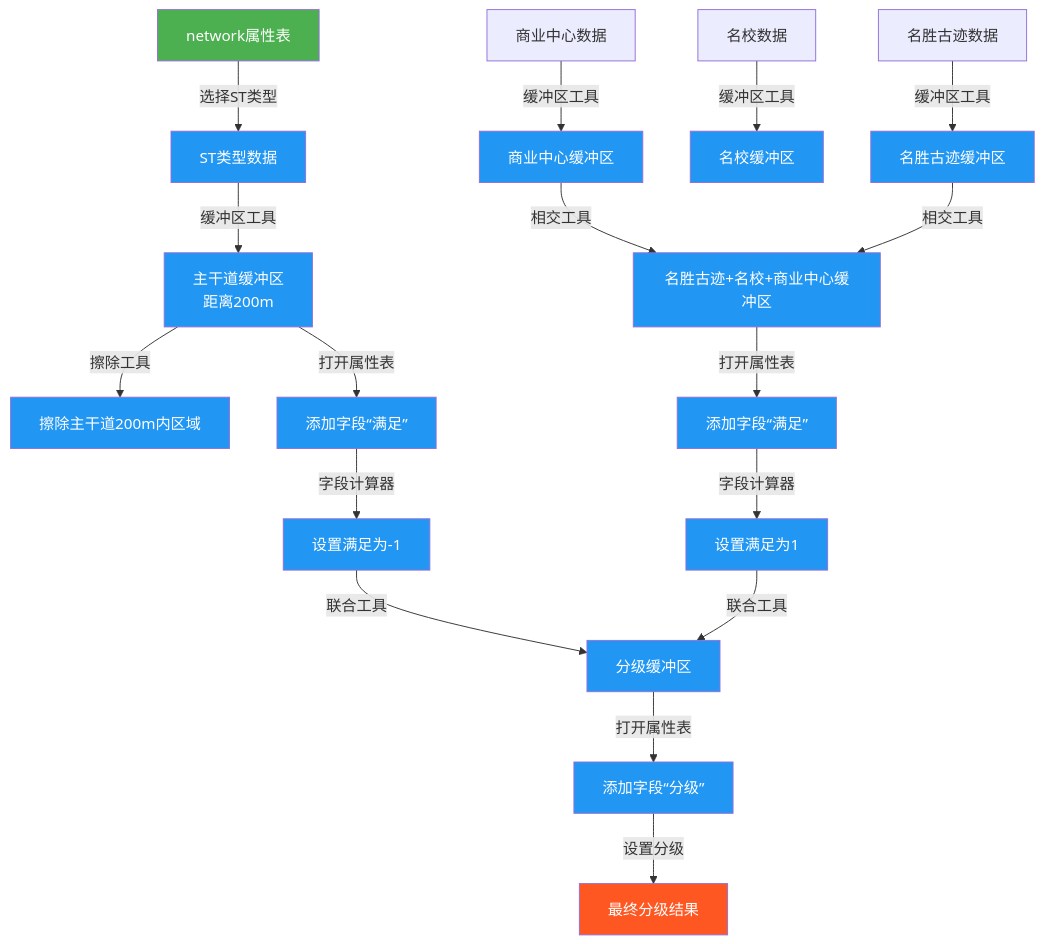
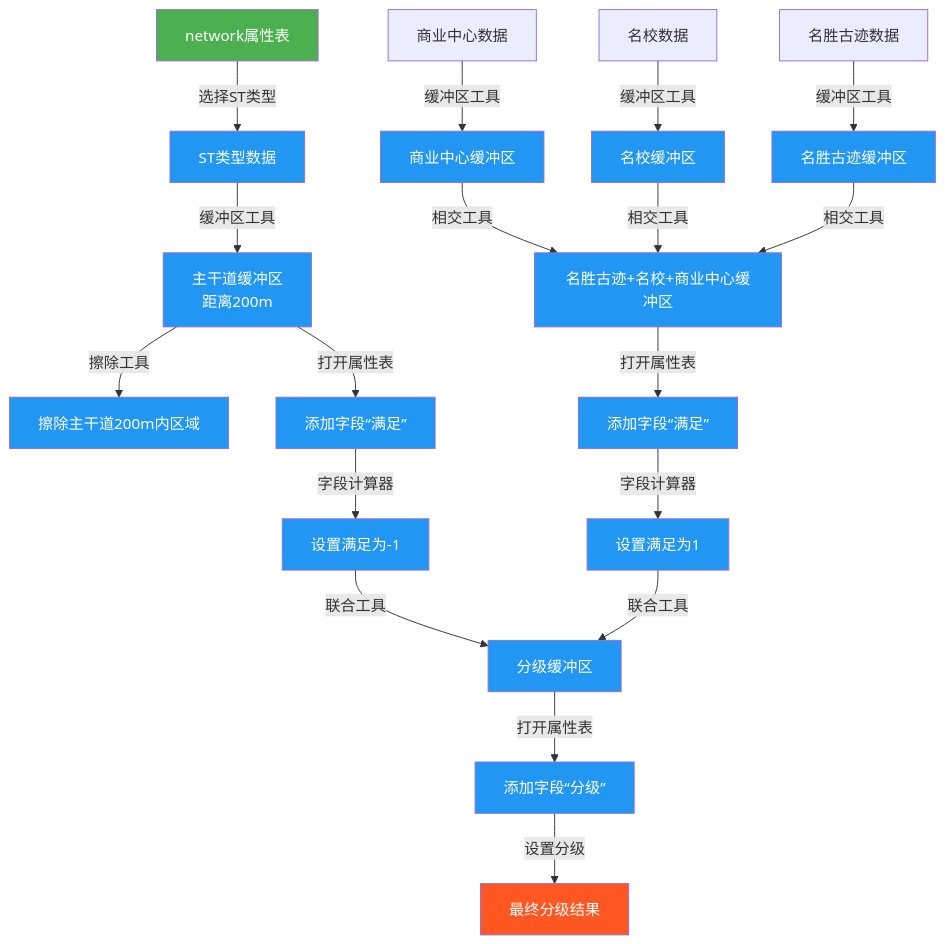
Before and after one commit to newguser/iodraw-files: the diagram in all/未命名.md, drawn with Mermaid.

Commit message:
2025-02-27 20:27:30 update

````diff
--- a/all/未命名.md
+++ b/all/未命名.md
@@ -1,26 +1,26 @@
 ```mermaid
 graph TD
 
         A1[network属性表] -->|选择ST类型| A2[ST类型数据]
         A2 -->|缓冲区工具| A3[主干道缓冲区<br>距离200m]
         B1[商业中心数据] -->|缓冲区工具| B2[商业中心缓冲区]
         C1[名校数据] -->|缓冲区工具| C2[名校缓冲区]
 
         D1[名胜古迹数据] -->|缓冲区工具| D2[名胜古迹缓冲区]
         B2[商业中心缓冲区]-->|相交工具| E1[名胜古迹+名校+商业中心缓冲区]
-        C2[名校缓冲区]
+        C2[名校缓冲区]-->|相交工具| E1[名胜古迹+名校+商业中心缓冲区]
         D2 -->|相交工具| E1[名胜古迹+名校+商业中心缓冲区]
         A3 -->|擦除工具| E2[擦除主干道200m内区域]
         E1 -->|打开属性表| E3[添加字段“满足”]
         E3 -->|字段计算器| E4[设置满足为1]
         A3 -->|打开属性表| E5[添加字段“满足”]
         E5 -->|字段计算器| E6[设置满足为-1]
         E4 -->|联合工具| E7[分级缓冲区]
         E6 -->|联合工具| E7
         E7 -->|打开属性表| E8[添加字段“分级”]
         E8 -->|设置分级| E9[最终分级结果]
     style A1 fill:#4CAF50,color:white
     style E9 fill:#FF5722,color:white
     classDef process fill:#2196F3,color:white;
     class A2,A3,B2,C2,D2,E1,E2,E3,E4,E5,E6,E7,E8 process
 ```
````
